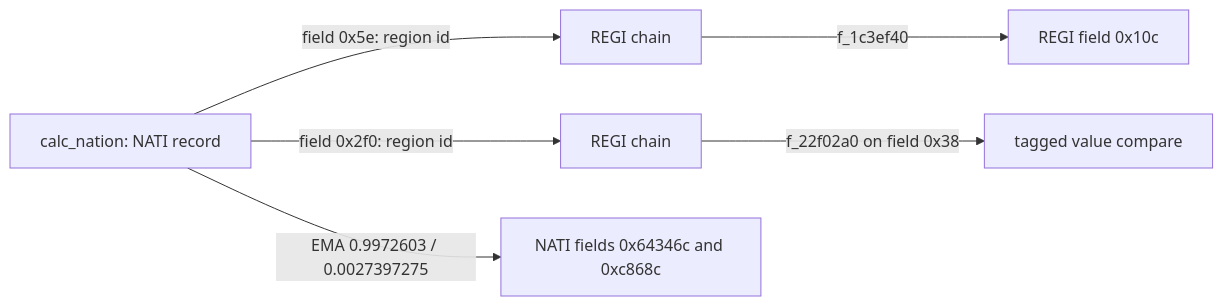
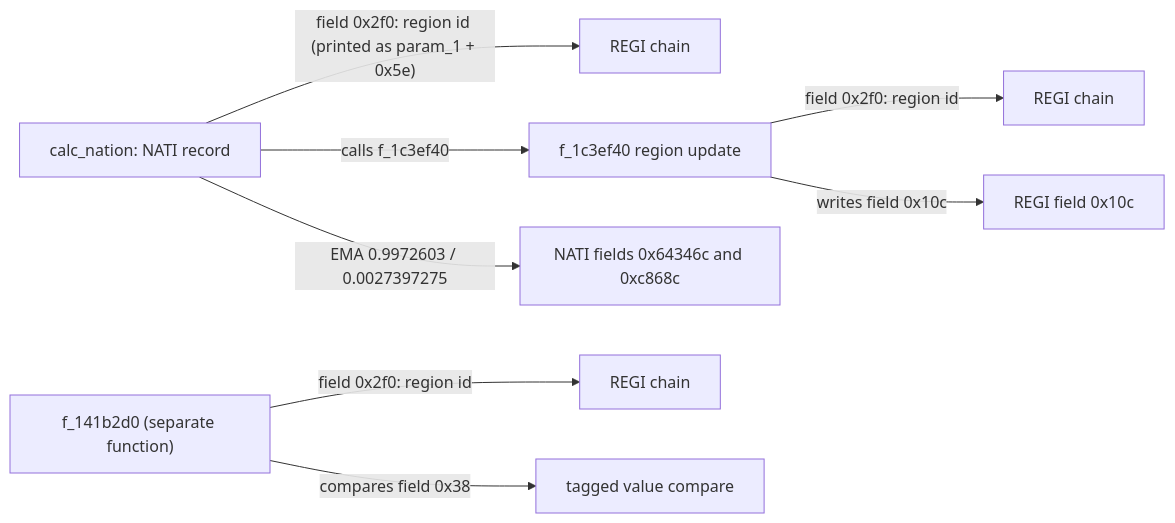
Before and after one commit to CthulhuOnIce/GPS-Docs: the second of 4 diagrams in 08_REGIONS_CITIES_AND_INFRASTRUCTURE.md, drawn with Mermaid. The commit also changed other lines of this file and 5 other files, not shown here.

````diff
--- a/08_REGIONS_CITIES_AND_INFRASTRUCTURE.md
+++ b/08_REGIONS_CITIES_AND_INFRASTRUCTURE.md
@@ -107,8 +100,10 @@
 ```mermaid
 flowchart LR
-    CN["calc_nation: NATI record"] -->|"field 0x5e: region id"| R1["REGI chain"]
-    CN -->|"field 0x2f0: region id"| R2["REGI chain"]
-    R1 -->|"f_1c3ef40"| F1["REGI field 0x10c"]
-    R2 -->|"f_22f02a0 on field 0x38"| F2["tagged value compare"]
+    CN["calc_nation: NATI record"] -->|"field 0x2f0: region id (printed as param_1 + 0x5e)"| R1["REGI chain"]
+    CN -->|"calls f_1c3ef40"| RF["f_1c3ef40 region update"]
+    RF -->|"field 0x2f0: region id"| R2["REGI chain"]
+    RF -->|"writes field 0x10c"| F1["REGI field 0x10c"]
     CN -->|"EMA 0.9972603 / 0.0027397275"| F3["NATI fields 0x64346c and 0xc868c"]
+    F14["f_141b2d0 (separate function)"] -->|"field 0x2f0: region id"| R3["REGI chain"]
+    F14 -->|"compares field 0x38"| F2["tagged value compare"]
 ```
````
